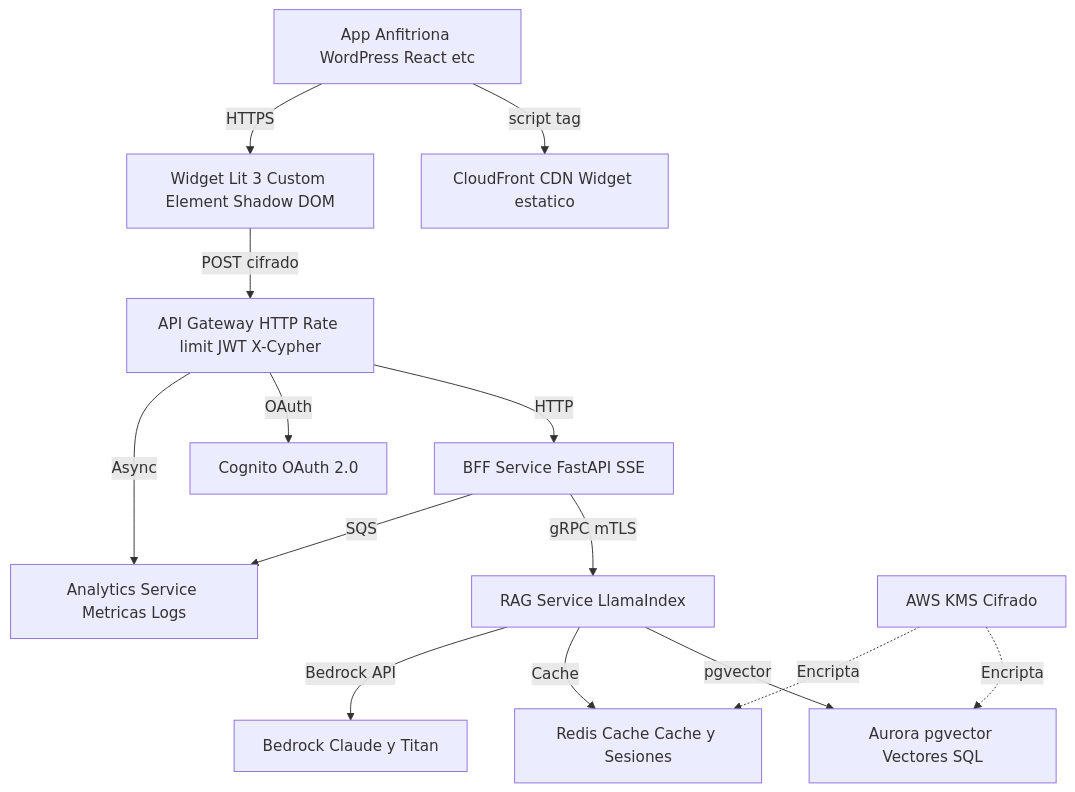
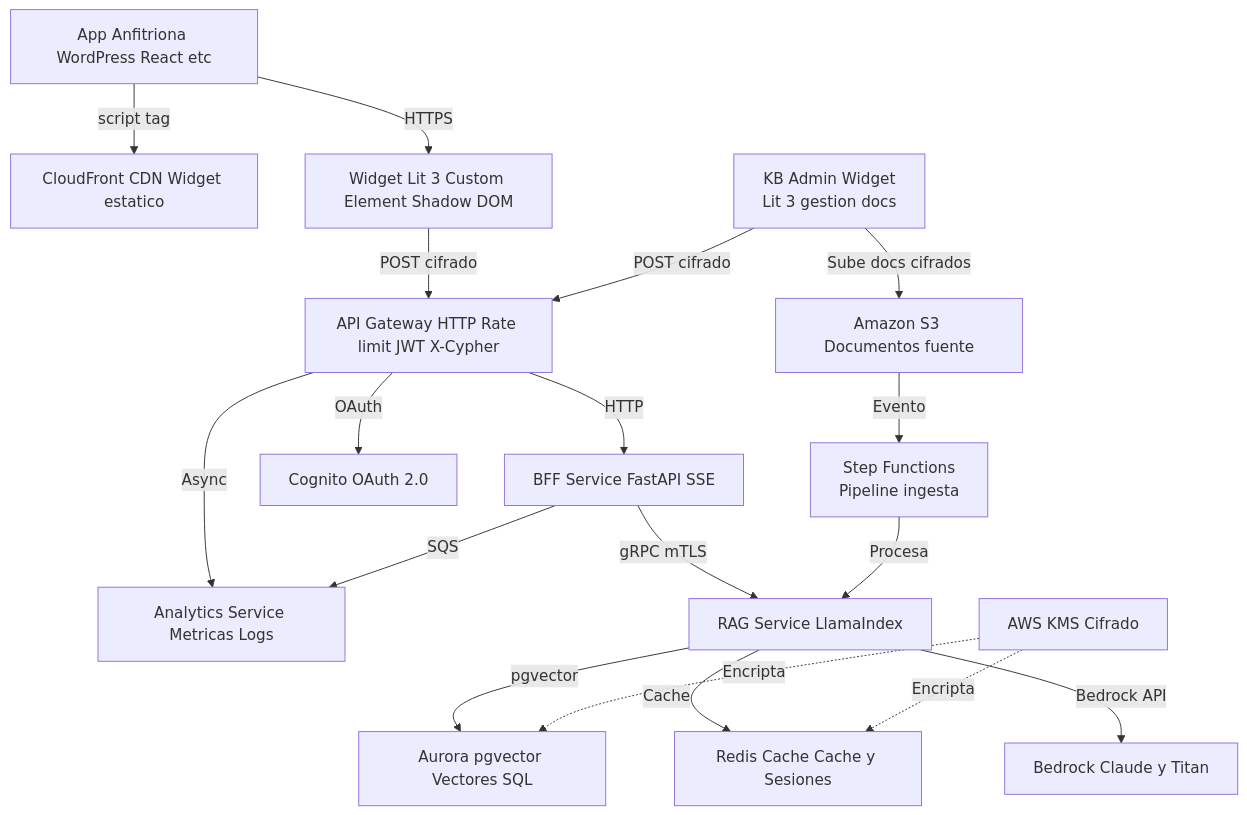
One commit to johnruedal96/capillas changed the first of 7 diagrams in docs/propuesta_tecnologica.md. Above: the diagram before and after it, drawn with Mermaid. The commit also changed other lines of this file and 9 other files, not shown here.

````diff
--- a/docs/propuesta_tecnologica.md
+++ b/docs/propuesta_tecnologica.md
@@ -63,29 +63,33 @@
 ```mermaid
 graph TB
     HostApp[App Anfitriona WordPress React etc]
     CDN[CloudFront CDN Widget estatico]
     WIDGET[Widget Lit 3 Custom Element Shadow DOM]
     GW[API Gateway HTTP Rate limit JWT X-Cypher]
     BFF[BFF Service FastAPI SSE]
     AUTH[Cognito OAuth 2.0]
     ANALYTICS[Analytics Service Metricas Logs]
     RAG[RAG Service LlamaIndex]
     AURORA[Aurora pgvector Vectores SQL]
     REDIS[Redis Cache Cache y Sesiones]
     BEDROCK[Bedrock Claude y Titan]
     KMS[AWS KMS Cifrado]
 
     HostApp -->|script tag| CDN
     HostApp -->|HTTPS| WIDGET
     WIDGET -->|POST cifrado| GW
+    KBADMIN[KB Admin Widget<br/>Lit 3 gestion docs] -->|POST cifrado| GW
     GW -->|HTTP| BFF
     GW -->|OAuth| AUTH
     GW -->|Async| ANALYTICS
     BFF -->|gRPC mTLS| RAG
     BFF -->|SQS| ANALYTICS
     RAG -->|pgvector| AURORA
     RAG -->|Cache| REDIS
     RAG -->|Bedrock API| BEDROCK
     KMS -.->|Encripta| AURORA
     KMS -.->|Encripta| REDIS
+    KBADMIN -->|Sube docs cifrados| S3[Amazon S3 Documentos fuente]
+    S3 -->|Evento| STEP[Step Functions<br/>Pipeline ingesta]
+    STEP -->|Procesa| RAG
 ```
````
